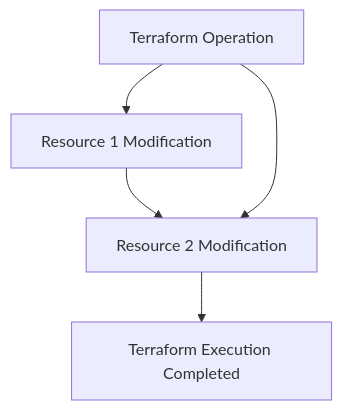
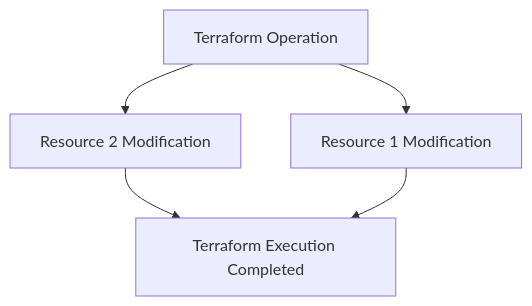
The second of 2 diagrams in hexo-blog/source/_posts/2023/Troulbeshooting_Terraform.md (neoalienson/01man.com), drawn with Mermaid before and after one commit.

```diff
--- a/hexo-blog/source/_posts/2023/Troulbeshooting_Terraform.md
+++ b/hexo-blog/source/_posts/2023/Troulbeshooting_Terraform.md
@@ -45,7 +45,7 @@
 {% mermaid %}
   graph TD
   A[Terraform Operation] --> C[Resource 1 Modification]
-  C --> D
   A --> D[Resource 2 Modification]
   D --> E[Terraform Execution Completed]
+  C --> E
 {% endmermaid %}
```
